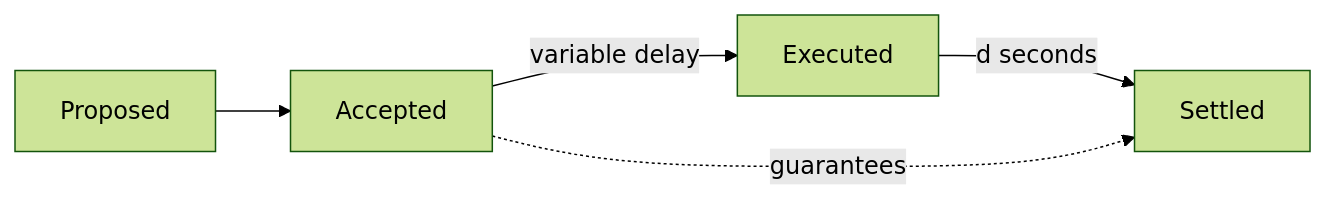
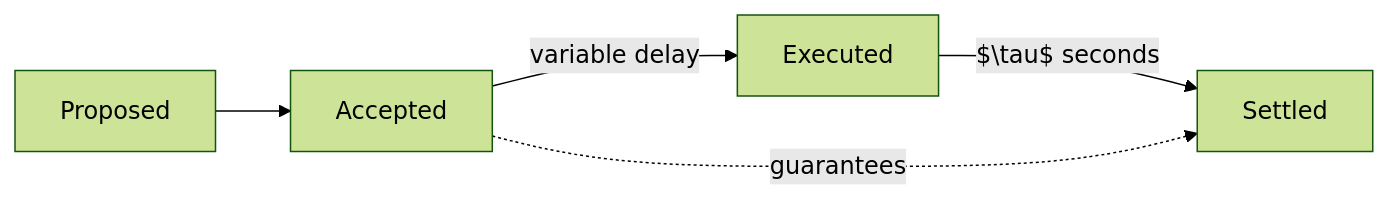
Before and after one commit to StephenButtolph/ACPs: the second of 3 diagrams in ACPs/194-streaming-asynchronous-execution/README.md, drawn with Mermaid (forest theme).

````diff
--- a/ACPs/194-streaming-asynchronous-execution/README.md
+++ b/ACPs/194-streaming-asynchronous-execution/README.md
@@ -54,7 +54,7 @@
 ```mermaid
 flowchart LR
     I[Proposed] --> A[Accepted]
     A -->|variable delay| E[Executed]
-    E -->|d seconds| S[Settled]
+    E -->|$\tau$ seconds| S[Settled]
     A -. guarantees .-> S
 ```
````
